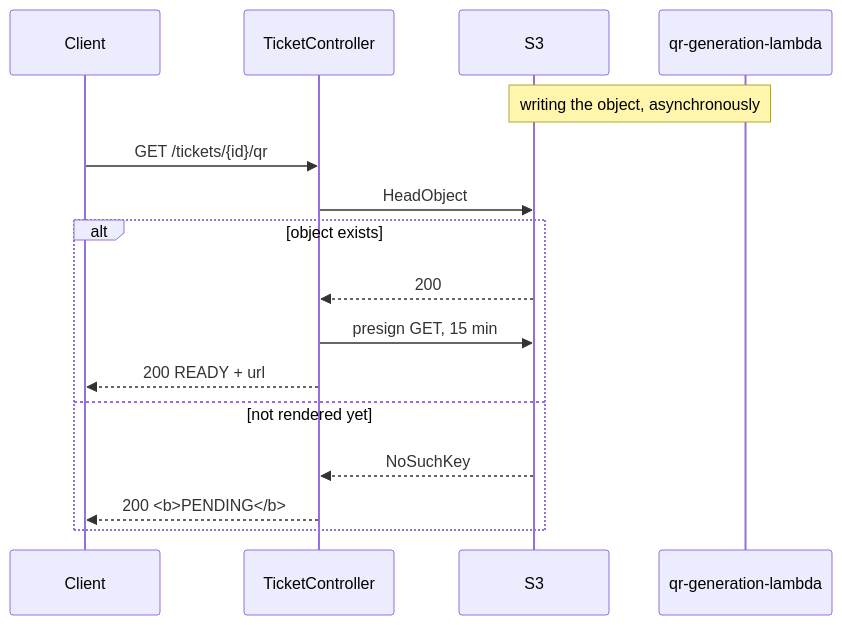
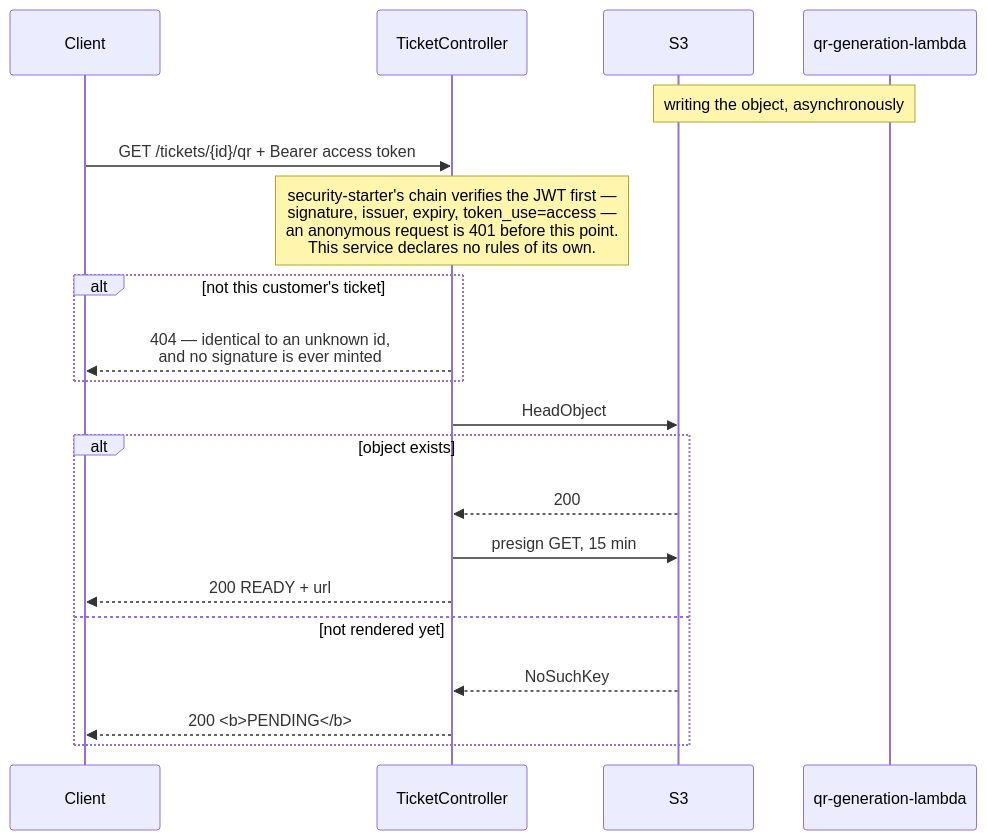
Before and after one commit to daliborjelicanin/ticket-waiting-room-aws: the fifth of 5 diagrams in ticket-issuance-service/ARCHITECTURE.md, drawn with Mermaid. The commit also changed other lines of this file and 65 other files, not shown here.

````diff
--- a/ticket-issuance-service/ARCHITECTURE.md
+++ b/ticket-issuance-service/ARCHITECTURE.md
@@ -133,19 +133,23 @@
 ```mermaid
 sequenceDiagram
     participant C as Client
     participant TC as TicketController
     participant S3 as S3
     participant QRL as qr-generation-lambda
 
     Note over QRL,S3: writing the object, asynchronously
-    C->>TC: GET /tickets/{id}/qr
+    C->>TC: GET /tickets/{id}/qr + Bearer access token
+    Note over TC: security-starter's chain verifies the JWT first —<br/>signature, issuer, expiry, token_use=access —<br/>an anonymous request is 401 before this point.<br/>This service declares no rules of its own.
+    alt not this customer's ticket
+        TC-->>C: 404 — identical to an unknown id,<br/>and no signature is ever minted
+    end
     TC->>S3: HeadObject
     alt object exists
         S3-->>TC: 200
         TC->>S3: presign GET, 15 min
         TC-->>C: 200 READY + url
     else not rendered yet
         S3-->>TC: NoSuchKey
         TC-->>C: 200 <b>PENDING</b>
     end
 ```
````
